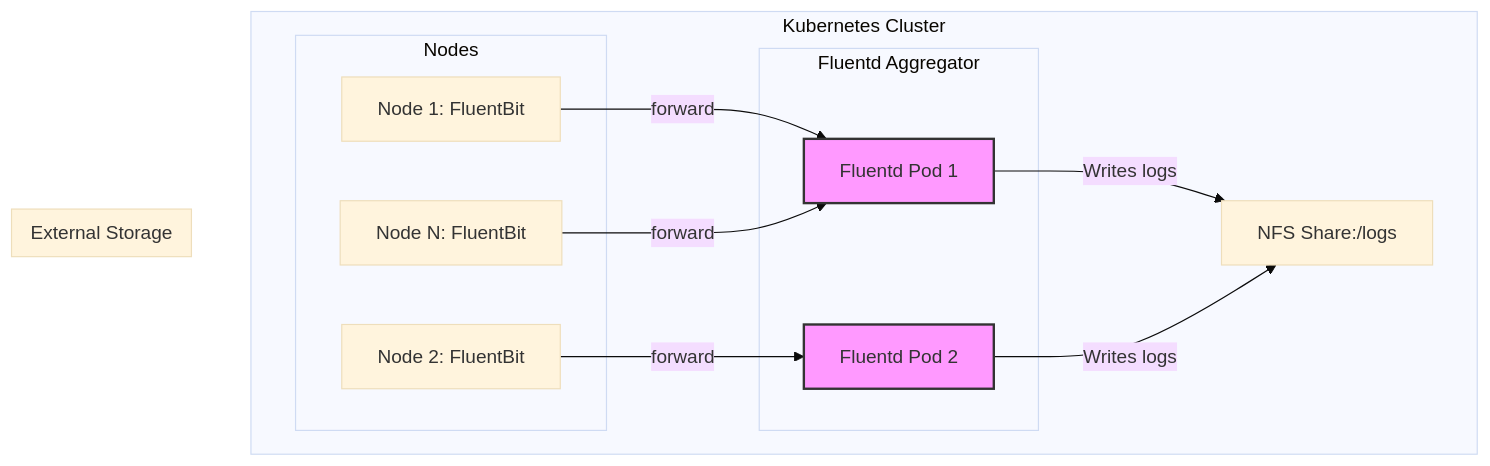
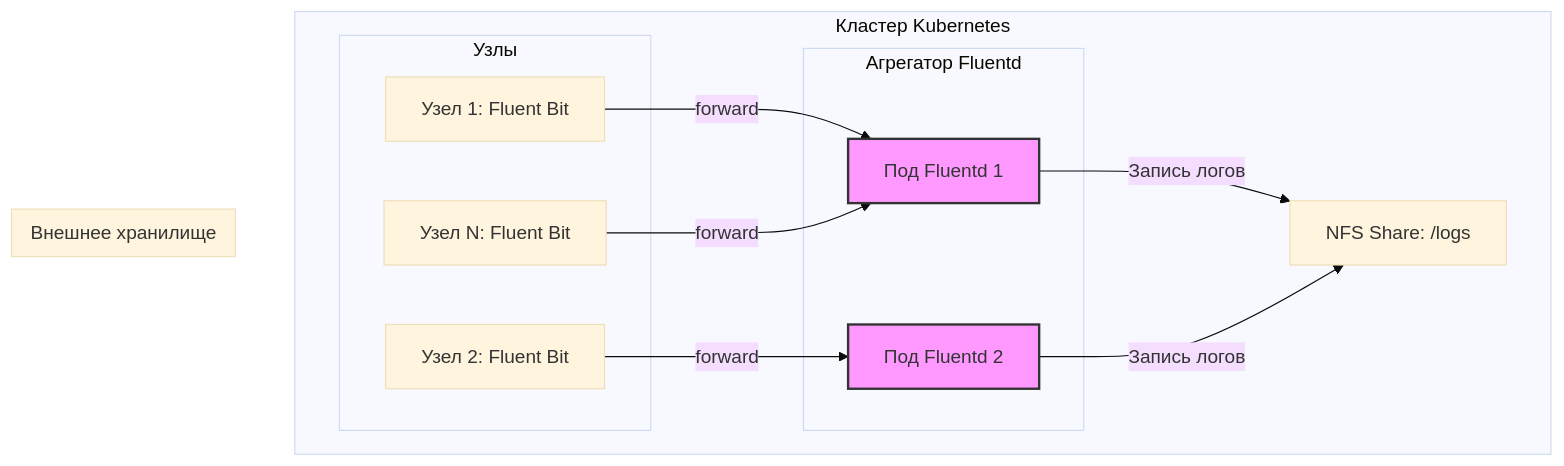
The diagram in Kubernetes/MonitoringLogging/EFK/fluentbit_to_fluentd_nfs_scenario.md (37signalsS/notes), drawn with Mermaid (base theme) before and after one commit. The commit also changed other lines of this file and 274 other files, not shown here.

````diff
--- a/Kubernetes/MonitoringLogging/EFK/fluentbit_to_fluentd_nfs_scenario.md
+++ b/Kubernetes/MonitoringLogging/EFK/fluentbit_to_fluentd_nfs_scenario.md
@@ -20,28 +30,28 @@
 ```mermaid
 graph TD
-    subgraph Kubernetes Cluster
-        subgraph Nodes
-            N1[Node 1: FluentBit]
-            N2[Node 2: FluentBit]
-            NN[Node N: FluentBit]
+    subgraph Kubernetes_Cluster [Кластер Kubernetes]
+        subgraph Nodes [Узлы]
+            N1[Узел 1: Fluent Bit]
+            N2[Узел 2: Fluent Bit]
+            NN[Узел N: Fluent Bit]
         end
 
-        subgraph Fluentd Aggregator
-            F1[Fluentd Pod 1]
-            F2[Fluentd Pod 2]
+        subgraph Fluentd_Aggregator [Агрегатор Fluentd]
+            F1[Под Fluentd 1]
+            F2[Под Fluentd 2]
         end
 
         N1 -- forward --> F1
         N2 -- forward --> F2
         NN -- forward --> F1
-        F1 -- Writes logs --> NFS
-        F2 -- Writes logs --> NFS
+        F1 -- Запись логов --> NFS_Storage
+        F2 -- Запись логов --> NFS_Storage
     end
 
-    subgraph External Storage
-        NFS[NFS Share:/logs]
+    subgraph External_Storage [Внешнее хранилище]
+        NFS_Storage[NFS Share: /logs]
     end
 
     style F1 fill:#f9f,stroke:#333,stroke-width:2px
     style F2 fill:#f9f,stroke:#333,stroke-width:2px
 ```
````
